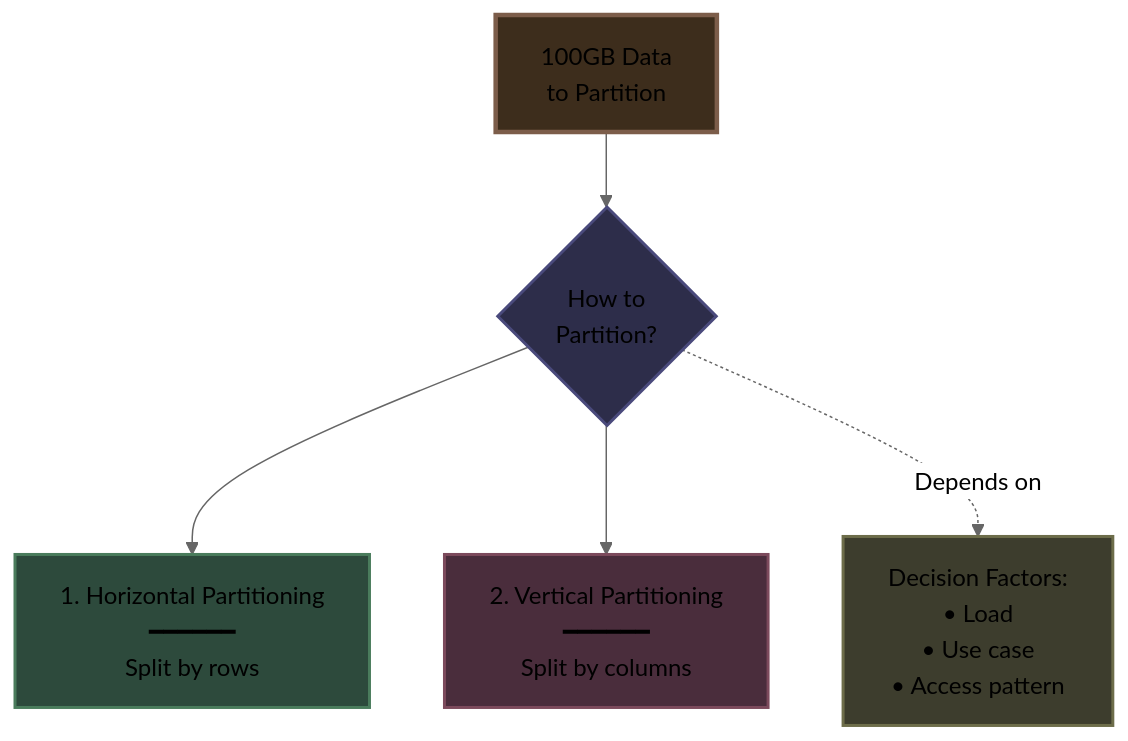
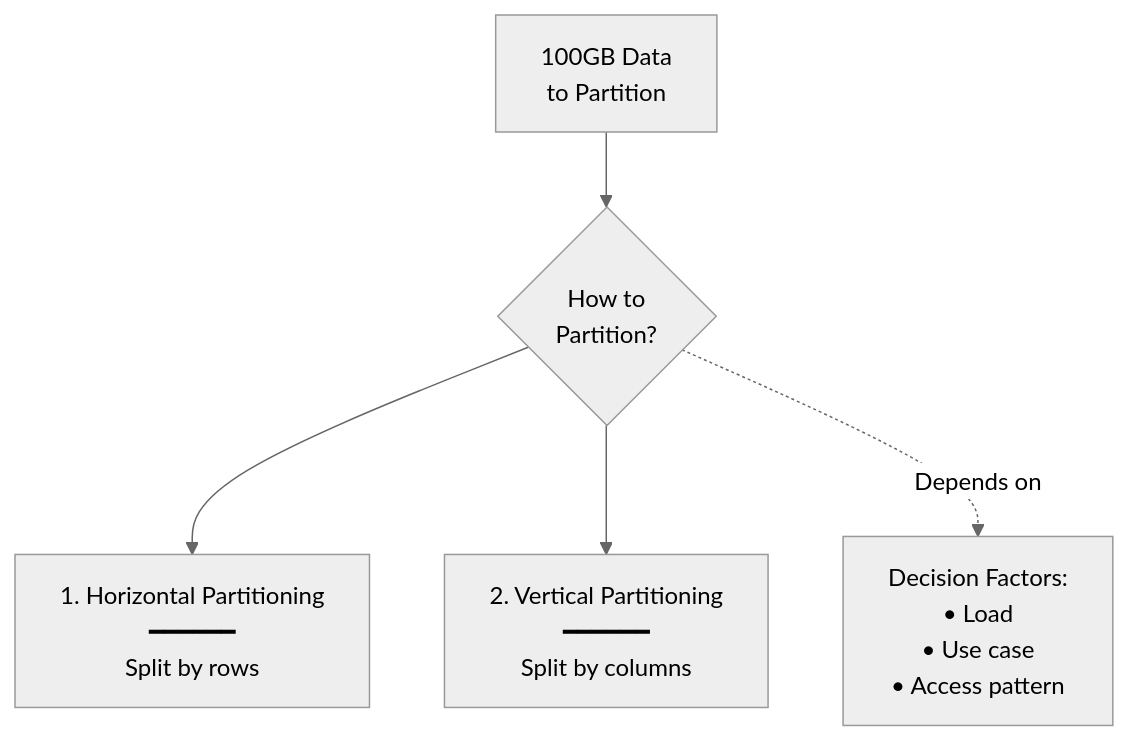
Diagram 13 of 21 in system design beginner/8. Sharding and Partitioning.md (Yash-Kavaiya/The-System-Design-Masterclass), drawn with Mermaid (neutral theme) before and after one commit. The commit also changed other lines of this file, not shown here.

````diff
--- a/system design beginner/8. Sharding and Partitioning.md
+++ b/system design beginner/8. Sharding and Partitioning.md
@@ -343,20 +297,15 @@
 ```mermaid
 graph TB
     DATA[100GB Data<br/>to Partition]
     
     DATA --> CHOICE{How to<br/>Partition?}
     
     CHOICE --> HORIZ[1. Horizontal Partitioning<br/>━━━━━━<br/>Split by rows]
     
     CHOICE --> VERT[2. Vertical Partitioning<br/>━━━━━━<br/>Split by columns]
     
     FACTORS[Decision Factors:<br/>• Load<br/>• Use case<br/>• Access pattern]
     
     CHOICE -.->|Depends on| FACTORS
     
-    style DATA fill:#3d2d1c,stroke:#7c5d4a,stroke-width:3px
-    style CHOICE fill:#2d2d4a,stroke:#4a4a7c,stroke-width:2px
-    style HORIZ fill:#2d4a3c,stroke:#4a7c5c,stroke-width:2px
-    style VERT fill:#4a2d3c,stroke:#7c4a5c,stroke-width:2px
-    style FACTORS fill:#3d3d2d,stroke:#6d6d4a,stroke-width:2px
 ```
````
